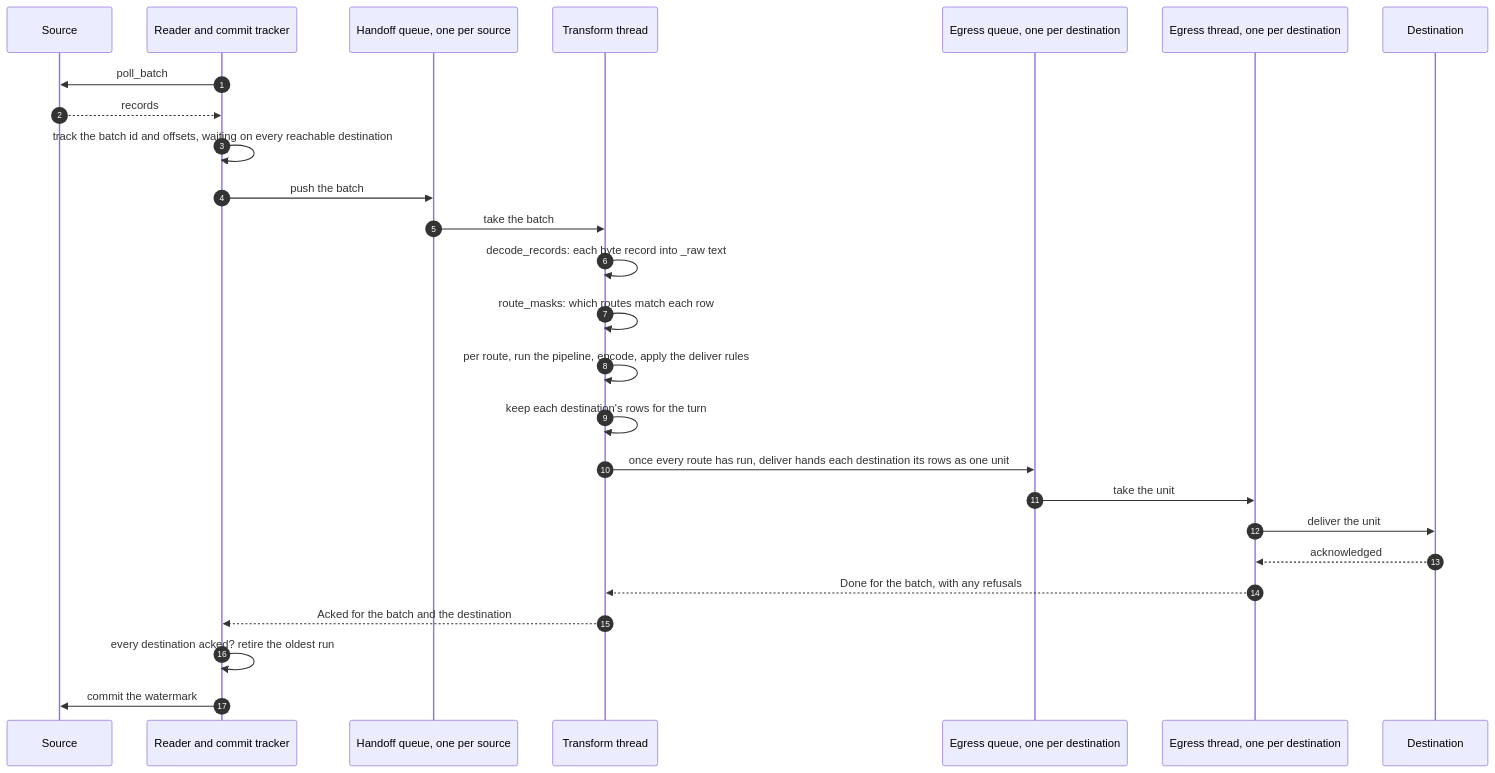
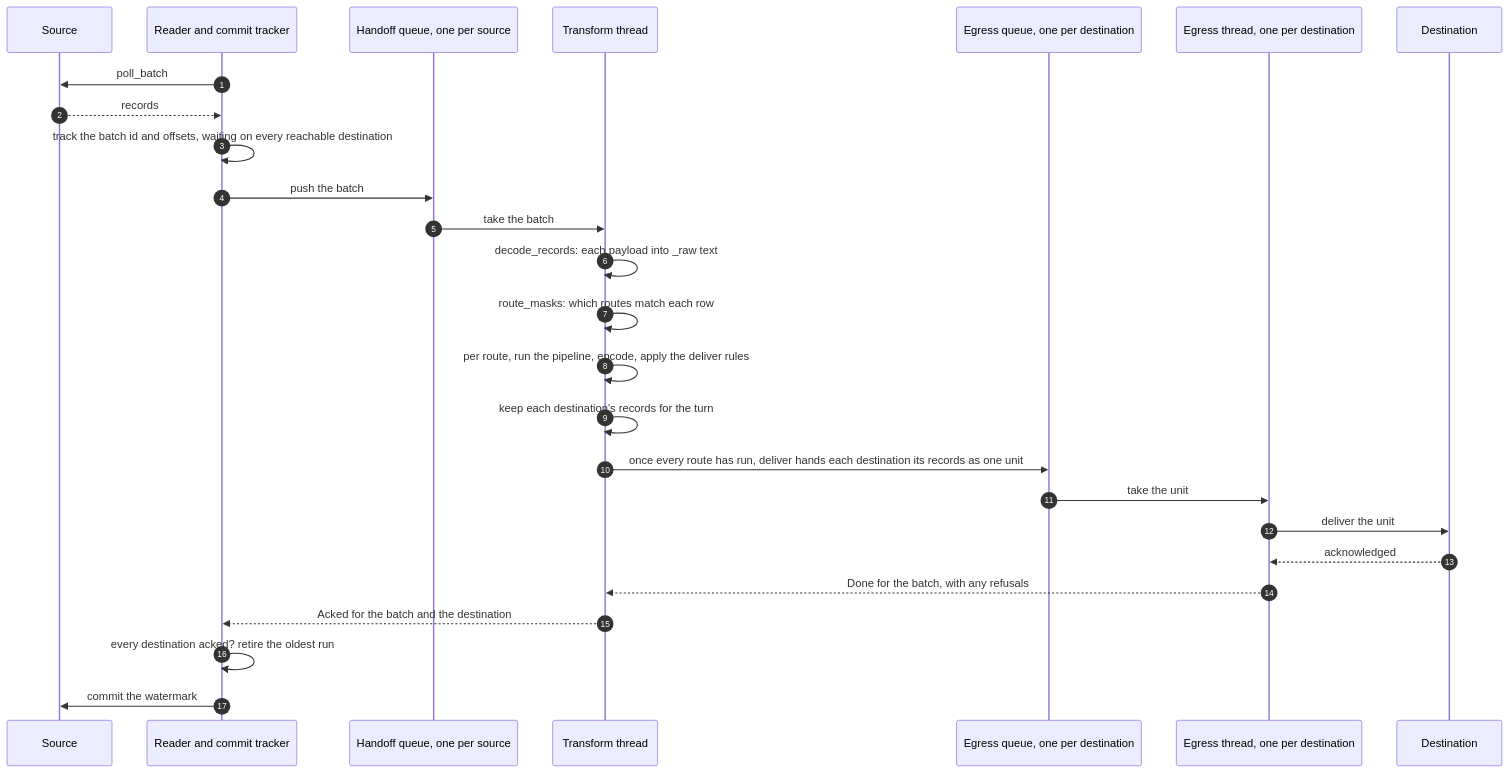
Before and after one commit to smeltr-sh/smeltr: the first of 6 diagrams in docs/data-paths.md, drawn with Mermaid. The commit also changed other lines of this file and 16 other files, not shown here.

````diff
--- a/docs/data-paths.md
+++ b/docs/data-paths.md
@@ -22,28 +22,28 @@
 ```mermaid
 sequenceDiagram
   autonumber
   participant S as Source
   participant R as Reader and commit tracker
   participant H as Handoff queue, one per source
   participant T as Transform thread
   participant Q as Egress queue, one per destination
   participant E as Egress thread, one per destination
   participant D as Destination
   R->>S: poll_batch
   S-->>R: records
   R->>R: track the batch id and offsets, waiting on every reachable destination
   R->>H: push the batch
   H->>T: take the batch
-  T->>T: decode_records: each byte record into _raw text
+  T->>T: decode_records: each payload into _raw text
   T->>T: route_masks: which routes match each row
   T->>T: per route, run the pipeline, encode, apply the deliver rules
-  T->>T: keep each destination's rows for the turn
-  T->>Q: once every route has run, deliver hands each destination its rows as one unit
+  T->>T: keep each destination's records for the turn
+  T->>Q: once every route has run, deliver hands each destination its records as one unit
   Q->>E: take the unit
   E->>D: deliver the unit
   D-->>E: acknowledged
   E-->>T: Done for the batch, with any refusals
   T-->>R: Acked for the batch and the destination
   R->>R: every destination acked? retire the oldest run
   R->>S: commit the watermark
 ```
````
